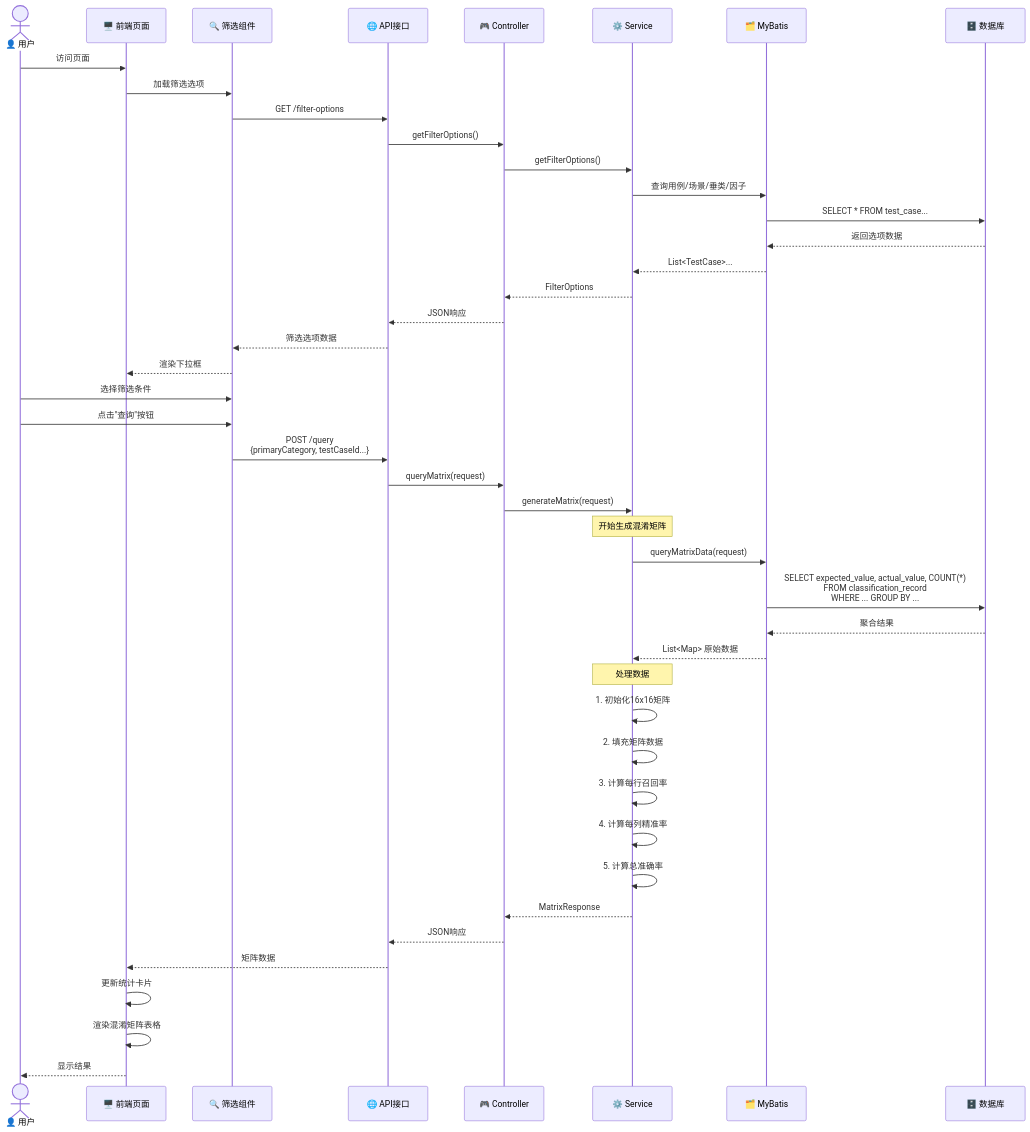
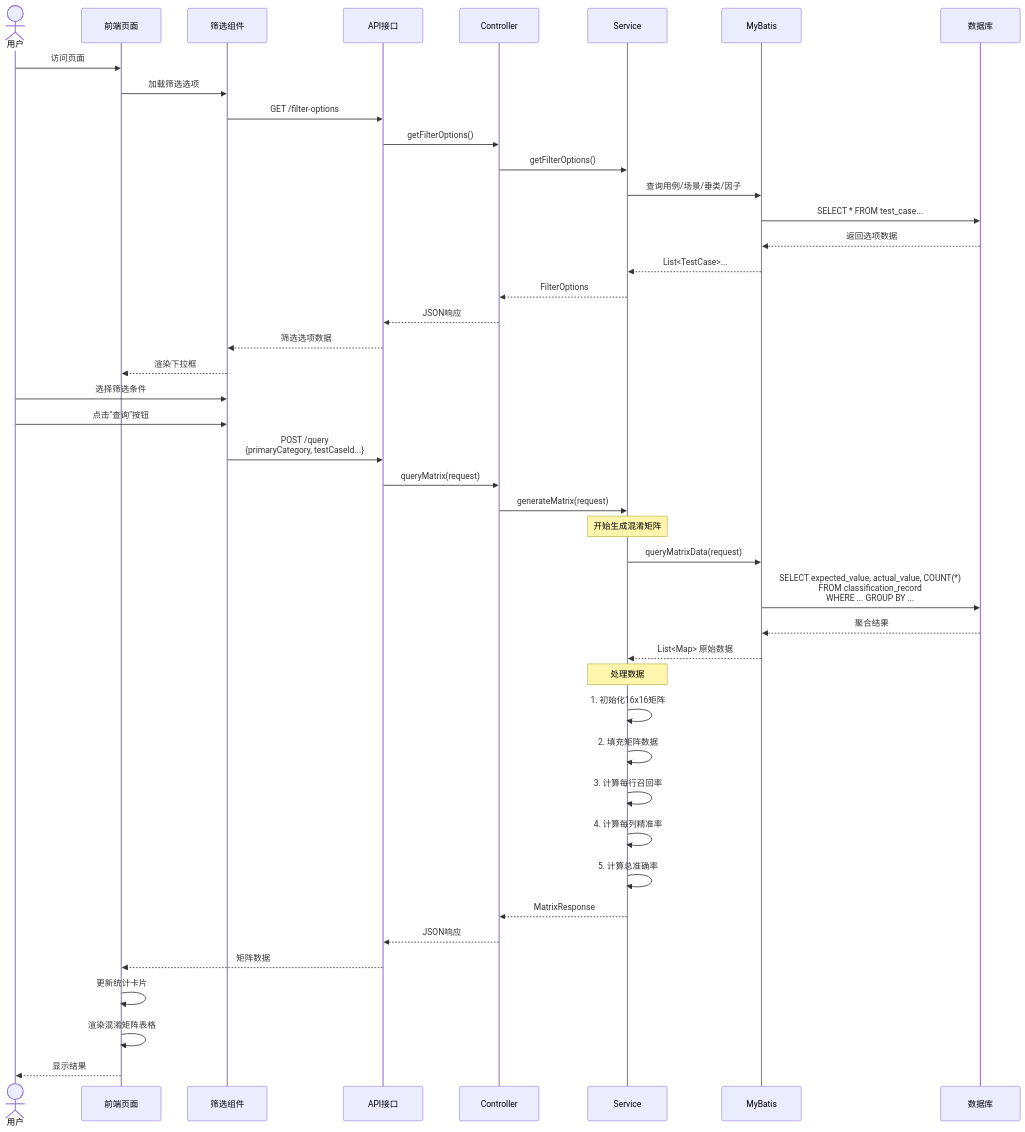
One commit to githubstudycloud/gi002 changed the second of 11 diagrams in classification-confusion-matrix-system/docs/05-完整架构图.md. Above: the diagram before and after it, drawn with Mermaid. The commit also changed other lines of this file, not shown here.

First line of the commit message:
Fix all Mermaid diagrams for better compatibility

````diff
--- a/classification-confusion-matrix-system/docs/05-完整架构图.md
+++ b/classification-confusion-matrix-system/docs/05-完整架构图.md
@@ -60,55 +60,55 @@
 ```mermaid
 sequenceDiagram
-    actor User as 👤 用户
-    participant UI as 🖥️ 前端页面
-    participant Filter as 🔍 筛选组件
-    participant API as 🌐 API接口
-    participant Controller as 🎮 Controller
-    participant Service as ⚙️ Service
-    participant Mapper as 🗂️ MyBatis
-    participant DB as 🗄️ 数据库
+    actor User as 用户
+    participant UI as 前端页面
+    participant Filter as 筛选组件
+    participant API as API接口
+    participant Controller as Controller
+    participant Service as Service
+    participant Mapper as MyBatis
+    participant DB as 数据库
 
     User->>UI: 访问页面
     UI->>Filter: 加载筛选选项
     Filter->>API: GET /filter-options
     API->>Controller: getFilterOptions()
     Controller->>Service: getFilterOptions()
     Service->>Mapper: 查询用例/场景/垂类/因子
     Mapper->>DB: SELECT * FROM test_case...
     DB-->>Mapper: 返回选项数据
     Mapper-->>Service: List<TestCase>...
     Service-->>Controller: FilterOptions
     Controller-->>API: JSON响应
     API-->>Filter: 筛选选项数据
     Filter-->>UI: 渲染下拉框
 
     User->>Filter: 选择筛选条件
     User->>Filter: 点击"查询"按钮
     Filter->>API: POST /query<br/>{primaryCategory, testCaseId...}
     API->>Controller: queryMatrix(request)
     Controller->>Service: generateMatrix(request)
 
     Note over Service: 开始生成混淆矩阵
 
     Service->>Mapper: queryMatrixData(request)
     Mapper->>DB: SELECT expected_value, actual_value, COUNT(*)<br/>FROM classification_record<br/>WHERE ... GROUP BY ...
     DB-->>Mapper: 聚合结果
     Mapper-->>Service: List<Map> 原始数据
 
     Note over Service: 处理数据
 
     Service->>Service: 1. 初始化16x16矩阵
     Service->>Service: 2. 填充矩阵数据
     Service->>Service: 3. 计算每行召回率
     Service->>Service: 4. 计算每列精准率
     Service->>Service: 5. 计算总准确率
 
     Service-->>Controller: MatrixResponse
     Controller-->>API: JSON响应
     API-->>UI: 矩阵数据
 
     UI->>UI: 更新统计卡片
     UI->>UI: 渲染混淆矩阵表格
 
     UI-->>User: 显示结果
 ```
````
